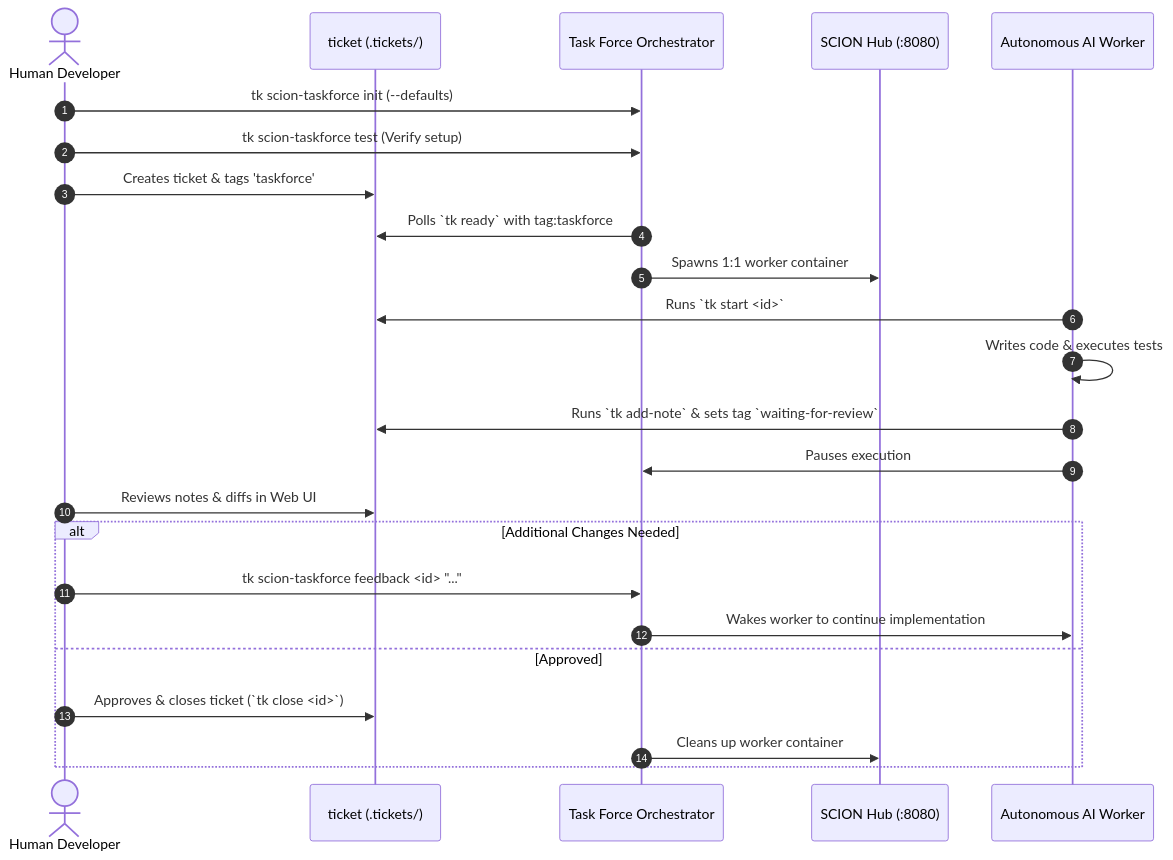
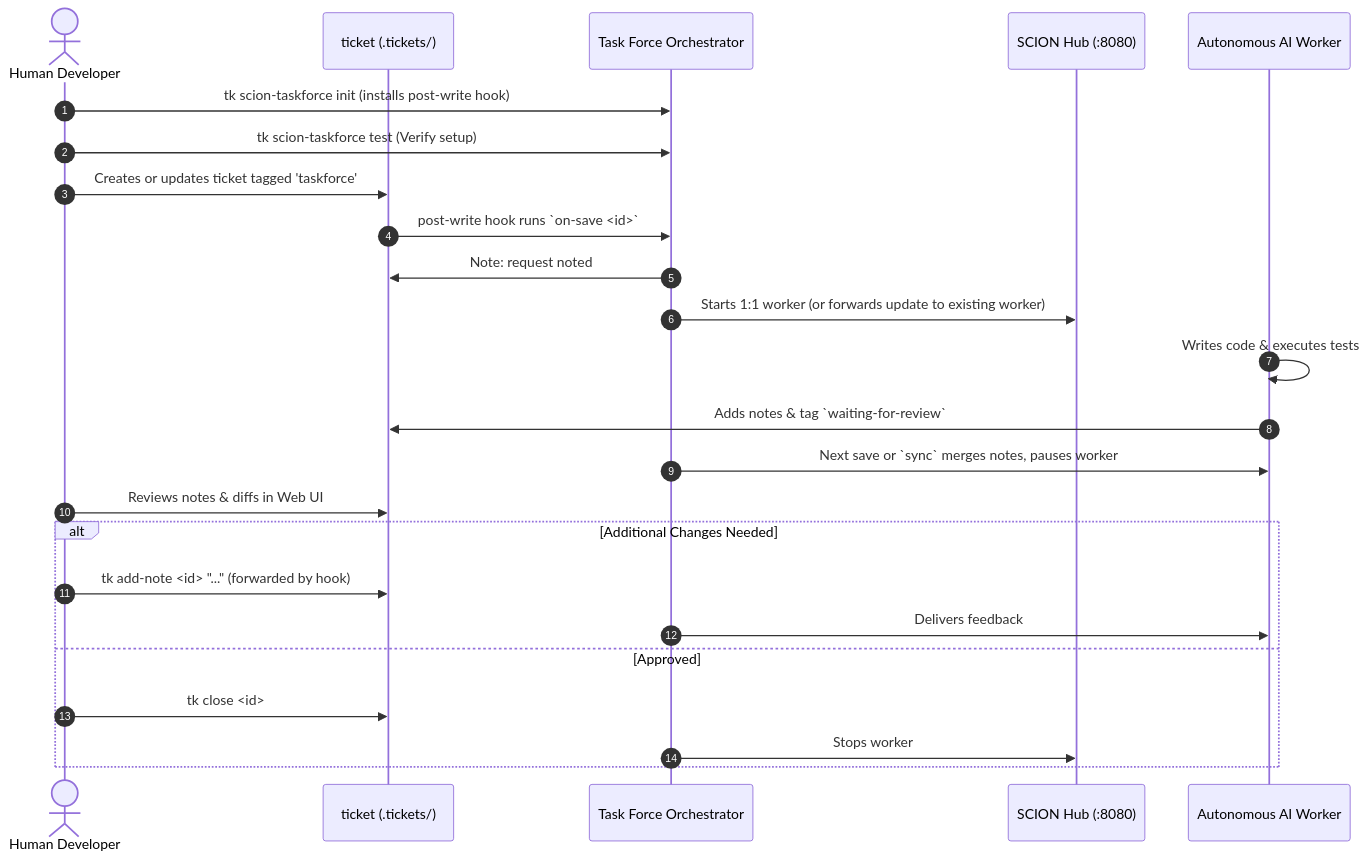
The diagram in docs/workflows/scion-taskforce.md (msampathkumar/ticket), drawn with Mermaid before and after one commit. The commit also changed other lines of this file and 19 other files, not shown here.

First line of the commit message:
feat(scion-taskforce): event-driven dispatch; remove polling daemon

````diff
--- a/docs/workflows/scion-taskforce.md
+++ b/docs/workflows/scion-taskforce.md
@@ -12,27 +12,27 @@
 ```mermaid
 sequenceDiagram
     autonumber
     actor Developer as Human Developer
     participant TK as ticket (.tickets/)
     participant TF as Task Force Orchestrator
     participant Hub as SCION Hub (:8080)
     participant Worker as Autonomous AI Worker
 
-    Developer->>TF: tk scion-taskforce init (--defaults)
+    Developer->>TF: tk scion-taskforce init (installs post-write hook)
     Developer->>TF: tk scion-taskforce test (Verify setup)
-    Developer->>TK: Creates ticket & tags 'taskforce'
-    TF->>TK: Polls `tk ready` with tag:taskforce
-    TF->>Hub: Spawns 1:1 worker container
-    Worker->>TK: Runs `tk start <id>`
+    Developer->>TK: Creates or updates ticket tagged 'taskforce'
+    TK->>TF: post-write hook runs `on-save <id>`
+    TF->>TK: Note: request noted
+    TF->>Hub: Starts 1:1 worker (or forwards update to existing worker)
     Worker->>Worker: Writes code & executes tests
-    Worker->>TK: Runs `tk add-note` & sets tag `waiting-for-review`
-    Worker->>TF: Pauses execution
+    Worker->>TK: Adds notes & tag `waiting-for-review`
+    TF->>Worker: Next save or `sync` merges notes, pauses worker
     Developer->>TK: Reviews notes & diffs in Web UI
     alt Additional Changes Needed
-        Developer->>TF: tk scion-taskforce feedback <id> "..."
-        TF->>Worker: Wakes worker to continue implementation
+        Developer->>TK: tk add-note <id> "..." (forwarded by hook)
+        TF->>Worker: Delivers feedback
     else Approved
-        Developer->>TK: Approves & closes ticket (`tk close <id>`)
-        TF->>Hub: Cleans up worker container
+        Developer->>TK: tk close <id>
+        TF->>Hub: Stops worker
     end
 ```
````
